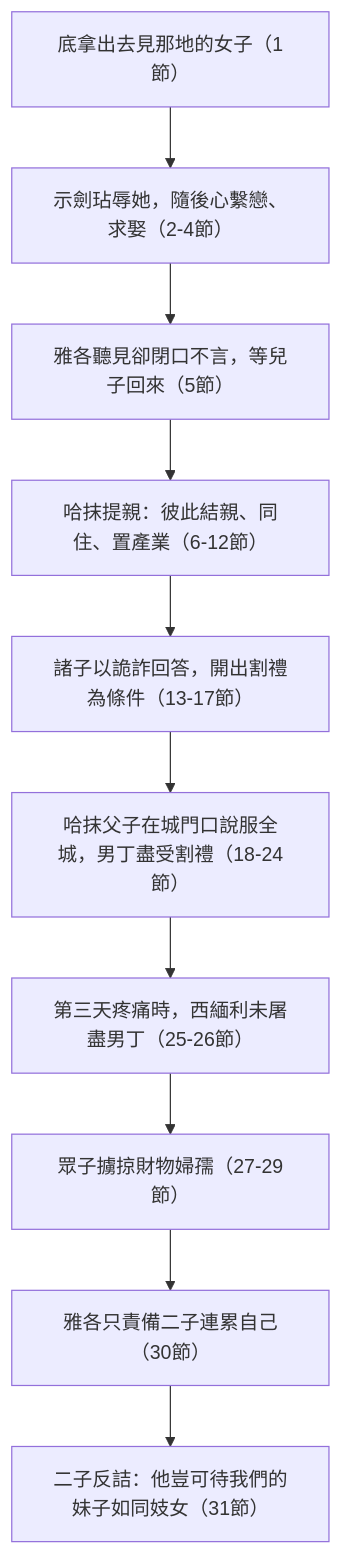
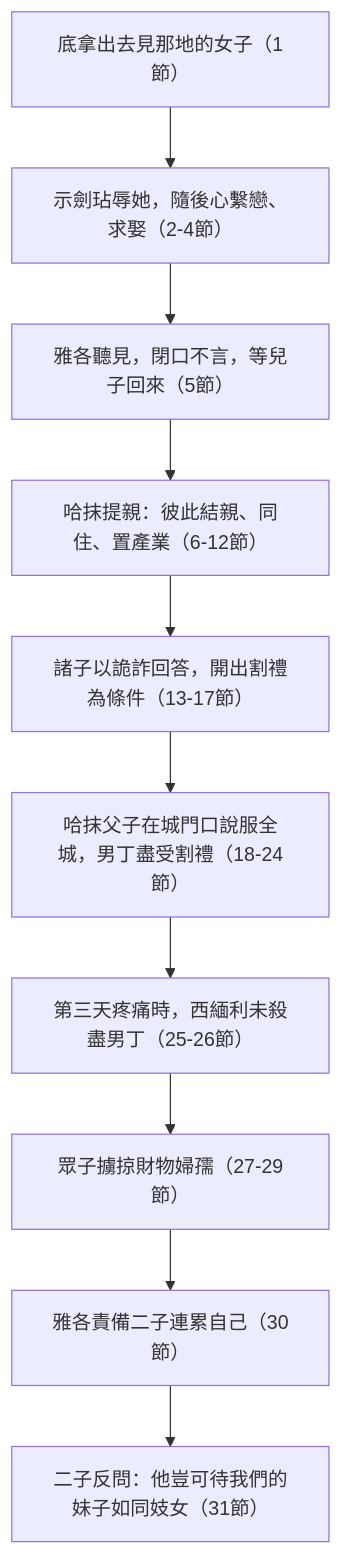
Before and after one commit to andyjr5566/Bible_wiki_zh_website: the diagram in content/01 創世記/第34章.md, drawn with Mermaid. The commit also changed other lines of this file and 466 other files, not shown here.

````diff
--- a/content/01 創世記/第34章.md
+++ b/content/01 創世記/第34章.md
@@ -126,12 +108,12 @@
 ```mermaid
 flowchart TD
   A["底拿出去見那地的女子（1節）"] --> B["示劍玷辱她，隨後心繫戀、求娶（2-4節）"]
-  B --> C["雅各聽見卻閉口不言，等兒子回來（5節）"]
+  B --> C["雅各聽見，閉口不言，等兒子回來（5節）"]
   C --> D["哈抹提親：彼此結親、同住、置產業（6-12節）"]
   D --> E["諸子以詭詐回答，開出割禮為條件（13-17節）"]
   E --> F["哈抹父子在城門口說服全城，男丁盡受割禮（18-24節）"]
-  F --> G["第三天疼痛時，西緬利未屠盡男丁（25-26節）"]
+  F --> G["第三天疼痛時，西緬利未殺盡男丁（25-26節）"]
   G --> H["眾子擄掠財物婦孺（27-29節）"]
-  H --> I["雅各只責備二子連累自己（30節）"]
-  I --> J["二子反詰：他豈可待我們的妹子如同妓女（31節）"]
+  H --> I["雅各責備二子連累自己（30節）"]
+  I --> J["二子反問：他豈可待我們的妹子如同妓女（31節）"]
 ```
````
